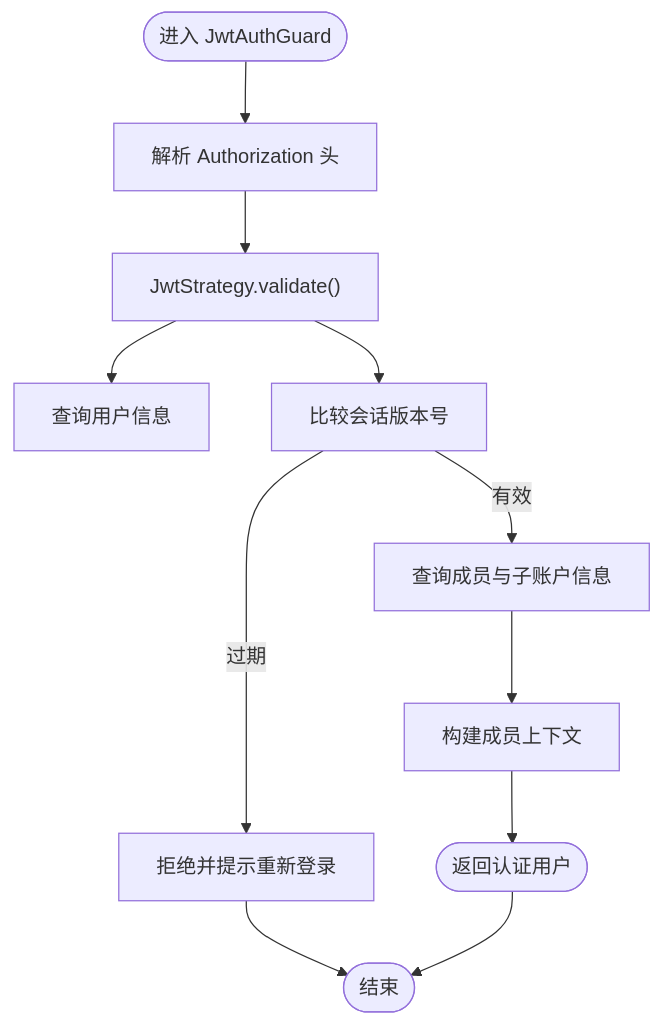
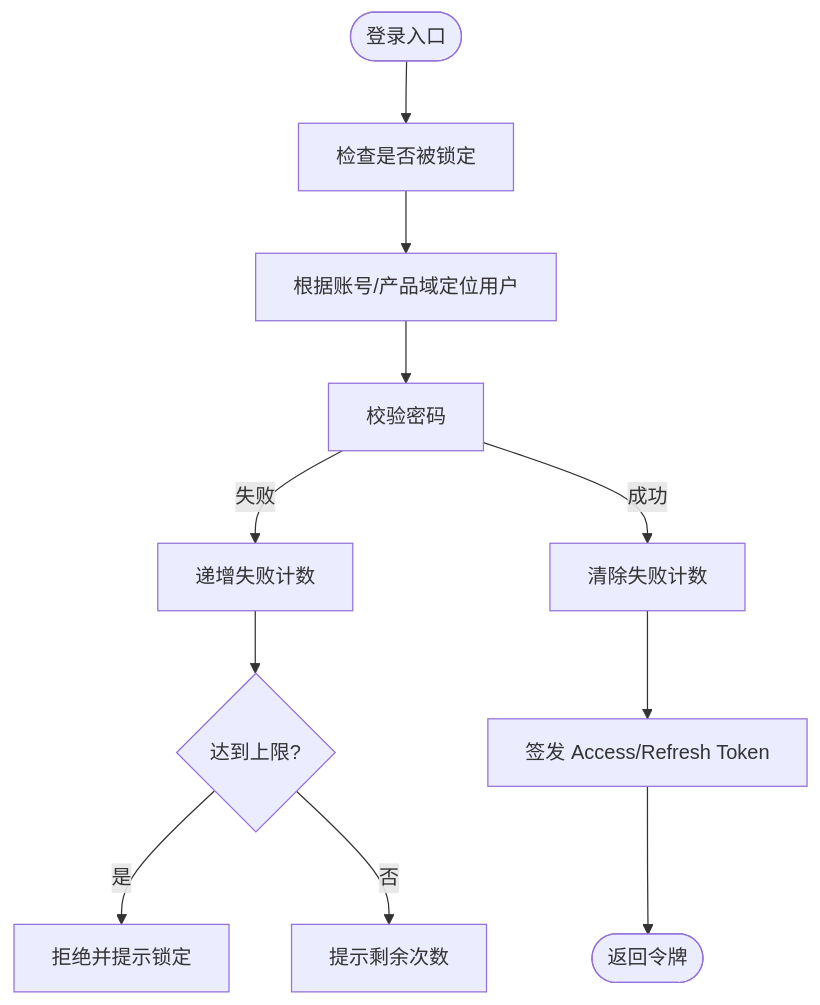
One commit to rc558620/purelyprofit-server changed the third of 7 diagrams in .qoder/repowiki/zh/content/架构设计/安全架构.md. Above: the diagram before and after it, drawn with Mermaid. The commit also changed other lines of this file and 55 other files, not shown here.

````diff
--- a/.qoder/repowiki/zh/content/架构设计/安全架构.md
+++ b/.qoder/repowiki/zh/content/架构设计/安全架构.md
@@ -237,13 +172,13 @@
 ```mermaid
 flowchart TD
-Start(["进入 JwtAuthGuard"]) --> Parse["解析 Authorization 头"]
-Parse --> Validate["JwtStrategy.validate()"]
-Validate --> LoadUser["查询用户信息"]
-Validate --> CheckVersion["比较会话版本号"]
-CheckVersion --> |过期| Reject["拒绝并提示重新登录"]
-CheckVersion --> |有效| LoadMembership["查询成员与子账户信息"]
-LoadMembership --> BuildCtx["构建成员上下文"]
-BuildCtx --> Done(["返回认证用户"])
-Reject --> End(["结束"])
-Done --> End
+Start(["登录入口"]) --> CheckLocked["检查是否被锁定"]
+CheckLocked --> FindUser["根据账号/产品域定位用户"]
+FindUser --> VerifyPwd["校验密码"]
+VerifyPwd --> |失败| IncFail["递增失败计数"]
+IncFail --> Locked{"达到上限?"}
+Locked --> |是| DenyLock["拒绝并提示锁定"]
+Locked --> |否| Warn["提示剩余次数"]
+VerifyPwd --> |成功| ClearFail["清除失败计数"]
+ClearFail --> SignTokens["签发 Access/Refresh Token"]
+SignTokens --> End(["返回令牌"])
 ```
````
